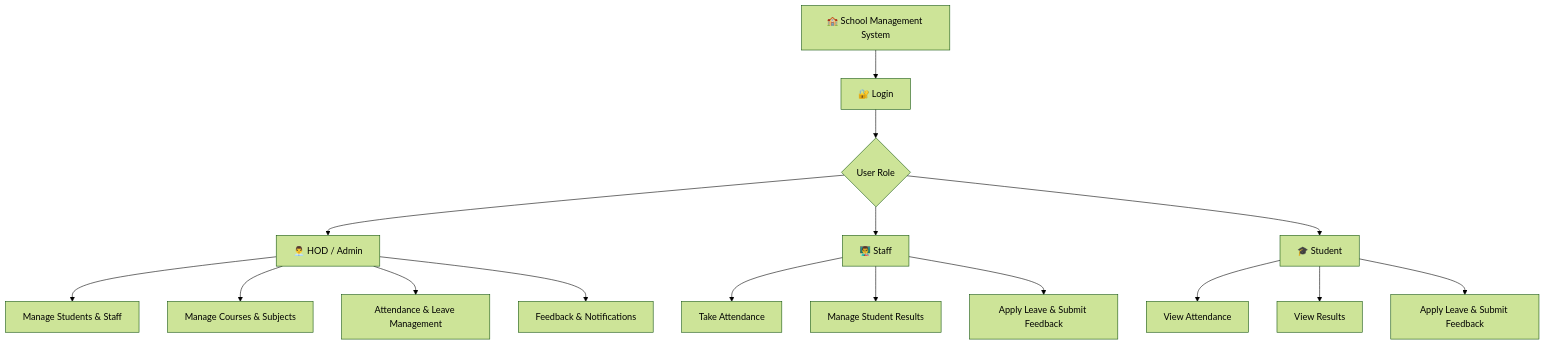
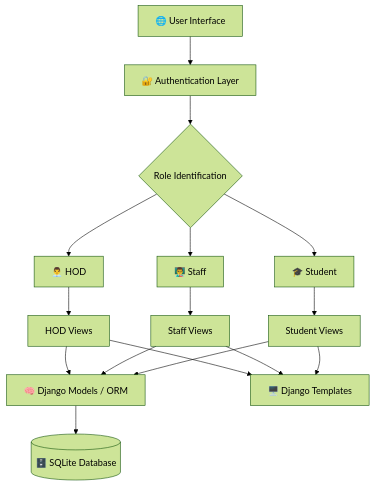
The first of 2 diagrams in README.md (AradhyaBhardwaj/School-Management-System), drawn with Mermaid (forest theme) before and after one commit. The commit also changed other lines of this file, not shown here.

````diff
--- a/README.md
+++ b/README.md
@@ -277,21 +153,24 @@
 ```mermaid
-flowchart TD
-    A["🏫 School Management System"] --> B["🔐 Login"]
-    B --> C{"User Role"}
-    C --> D["👨‍💼 HOD / Admin"]
-    C --> E["👨‍🏫 Staff"]
-    C --> F["🎓 Student"]
+flowchart TB
+    U["🌐 User Interface"] --> A["🔐 Authentication Layer"]
 
-    D --> G["Manage Students & Staff"]
-    D --> H["Manage Courses & Subjects"]
-    D --> I["Attendance & Leave Management"]
-    D --> J["Feedback & Notifications"]
+    A --> R{"Role Identification"}
 
-    E --> K["Take Attendance"]
-    E --> L["Manage Student Results"]
-    E --> M["Apply Leave & Submit Feedback"]
+    R --> H["👨‍💼 HOD"]
+    R --> S["👨‍🏫 Staff"]
+    R --> ST["🎓 Student"]
 
-    F --> N["View Attendance"]
-    F --> O["View Results"]
-    F --> P["Apply Leave & Submit Feedback"]
+    H --> HV["HOD Views"]
+    S --> SV["Staff Views"]
+    ST --> STV["Student Views"]
+
+    HV --> M["🧠 Django Models / ORM"]
+    SV --> M
+    STV --> M
+
+    M --> DB[("🗄️ SQLite Database")]
+
+    HV --> T["🖥️ Django Templates"]
+    SV --> T
+    STV --> T
 ```
````
